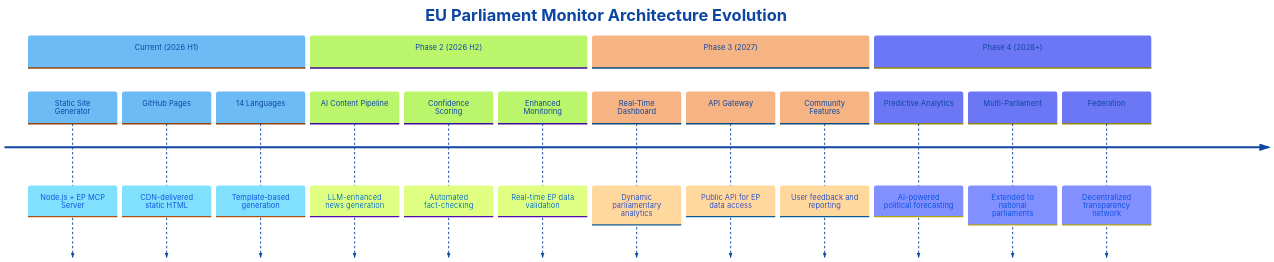
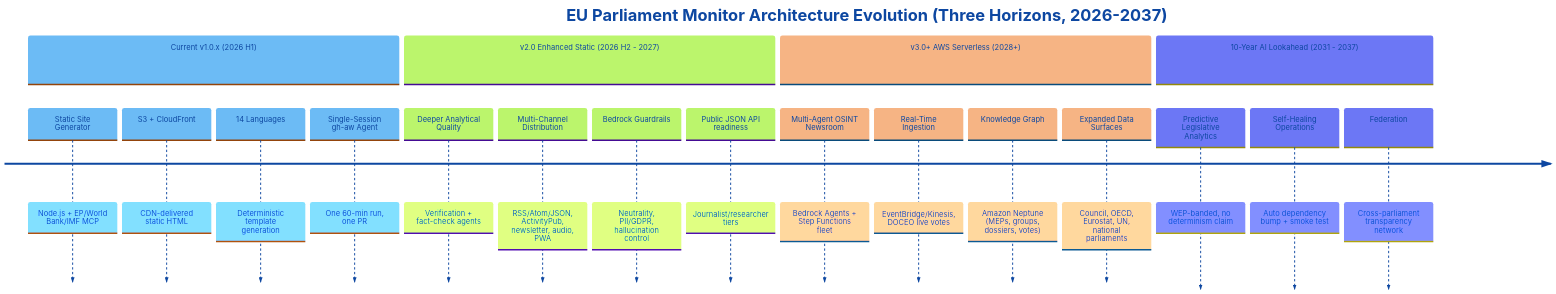
One commit to Hack23/euparliamentmonitor changed the first of 4 diagrams in FUTURE_THREAT_MODEL.md. Above: the diagram before and after it, drawn with Mermaid. The commit also changed other lines of this file, not shown here.

Commit message:
docs(FUTURE_THREAT_MODEL): three-horizon AWS rewrite — header, evolution, assets, 8 threat categories, ATT&CK/ATLAS, risk matrix

````diff
--- a/FUTURE_THREAT_MODEL.md
+++ b/FUTURE_THREAT_MODEL.md
@@ -89,30 +97,33 @@
 ```mermaid
 %%{
   init: {
     'theme': 'base',
     'themeVariables': {
       'primaryColor': '#e3f2fd',
       'primaryTextColor': '#0d47a1',
       'lineColor': '#1976d2'
     }
   }
 }%%
 timeline
-    title EU Parliament Monitor Architecture Evolution
-    section Current (2026 H1)
-        Static Site Generator : Node.js + EP MCP Server
-        GitHub Pages : CDN-delivered static HTML
-        14 Languages : Template-based generation
-    section Phase 2 (2026 H2)
-        AI Content Pipeline : LLM-enhanced news generation
-        Confidence Scoring : Automated fact-checking
-        Enhanced Monitoring : Real-time EP data validation
-    section Phase 3 (2027)
-        Real-Time Dashboard : Dynamic parliamentary analytics
-        API Gateway : Public API for EP data access
-        Community Features : User feedback and reporting
-    section Phase 4 (2028+)
-        Predictive Analytics : AI-powered political forecasting
-        Multi-Parliament : Extended to national parliaments
-        Federation : Decentralized transparency network
+    title EU Parliament Monitor Architecture Evolution (Three Horizons, 2026-2037)
+    section Current v1.0.x (2026 H1)
+        Static Site Generator : Node.js + EP/World Bank/IMF MCP
+        S3 + CloudFront : CDN-delivered static HTML
+        14 Languages : Deterministic template generation
+        Single-Session gh-aw Agent : One 60-min run, one PR
+    section v2.0 Enhanced Static (2026 H2 - 2027)
+        Deeper Analytical Quality : Verification + fact-check agents
+        Multi-Channel Distribution : RSS/Atom/JSON, ActivityPub, newsletter, audio, PWA
+        Bedrock Guardrails : Neutrality, PII/GDPR, hallucination control
+        Public JSON API readiness : Journalist/researcher tiers
+    section v3.0+ AWS Serverless (2028+)
+        Multi-Agent OSINT Newsroom : Bedrock Agents + Step Functions fleet
+        Real-Time Ingestion : EventBridge/Kinesis, DOCEO live votes
+        Knowledge Graph : Amazon Neptune (MEPs, groups, dossiers, votes)
+        Expanded Data Surfaces : Council, OECD, Eurostat, UN, national parliaments
+    section 10-Year AI Lookahead (2031 - 2037)
+        Predictive Legislative Analytics : WEP-banded, no determinism claim
+        Self-Healing Operations : Auto dependency bump + smoke test
+        Federation : Cross-parliament transparency network
 ```
````
